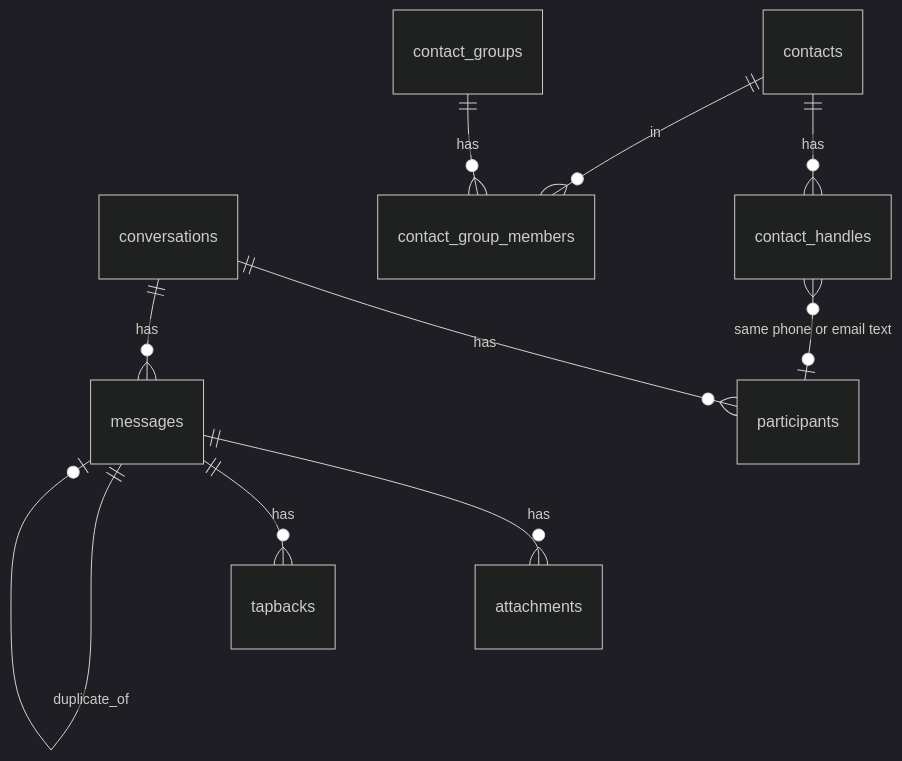
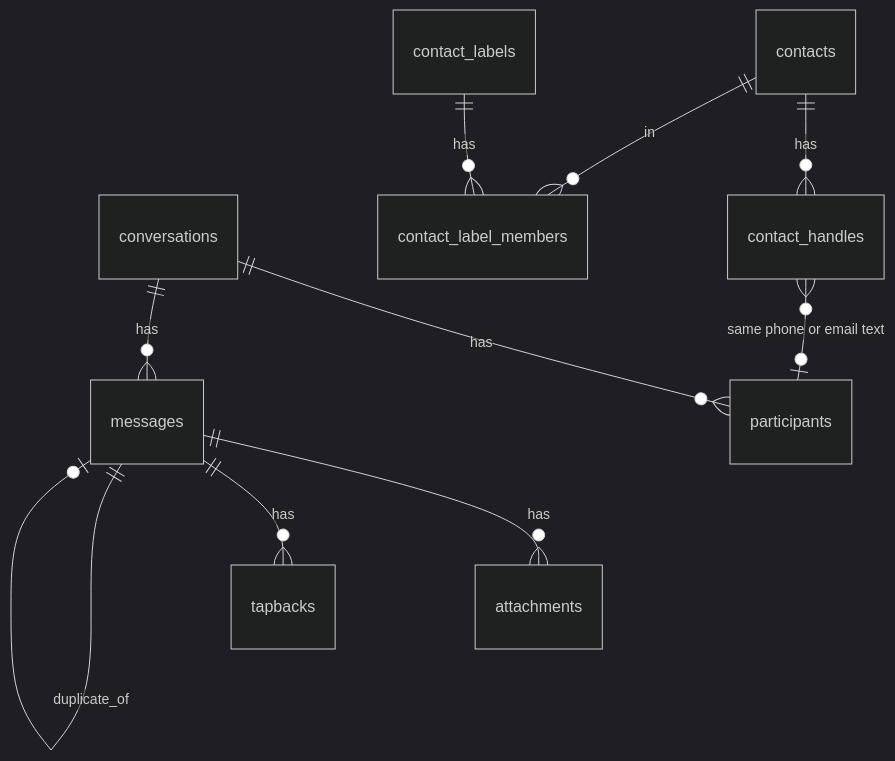
The first of 2 diagrams in docs/schema.md (bitrealm-dev/message-vault-rs), drawn with Mermaid (dark theme) before and after one commit. The commit also changed other lines of this file and 48 other files, not shown here.

````diff
--- a/docs/schema.md
+++ b/docs/schema.md
@@ -14,12 +14,12 @@
 ```mermaid
 erDiagram
     conversations ||--o{ participants : "has"
     conversations ||--o{ messages : "has"
     messages ||--o{ attachments : "has"
     messages ||--o{ tapbacks : "has"
     messages ||--o| messages : "duplicate_of"
     contacts ||--o{ contact_handles : "has"
-    contacts ||--o{ contact_group_members : "in"
-    contact_groups ||--o{ contact_group_members : "has"
+    contacts ||--o{ contact_label_members : "in"
+    contact_labels ||--o{ contact_label_members : "has"
     contact_handles }o--o| participants : "same phone or email text"
 ```
````
